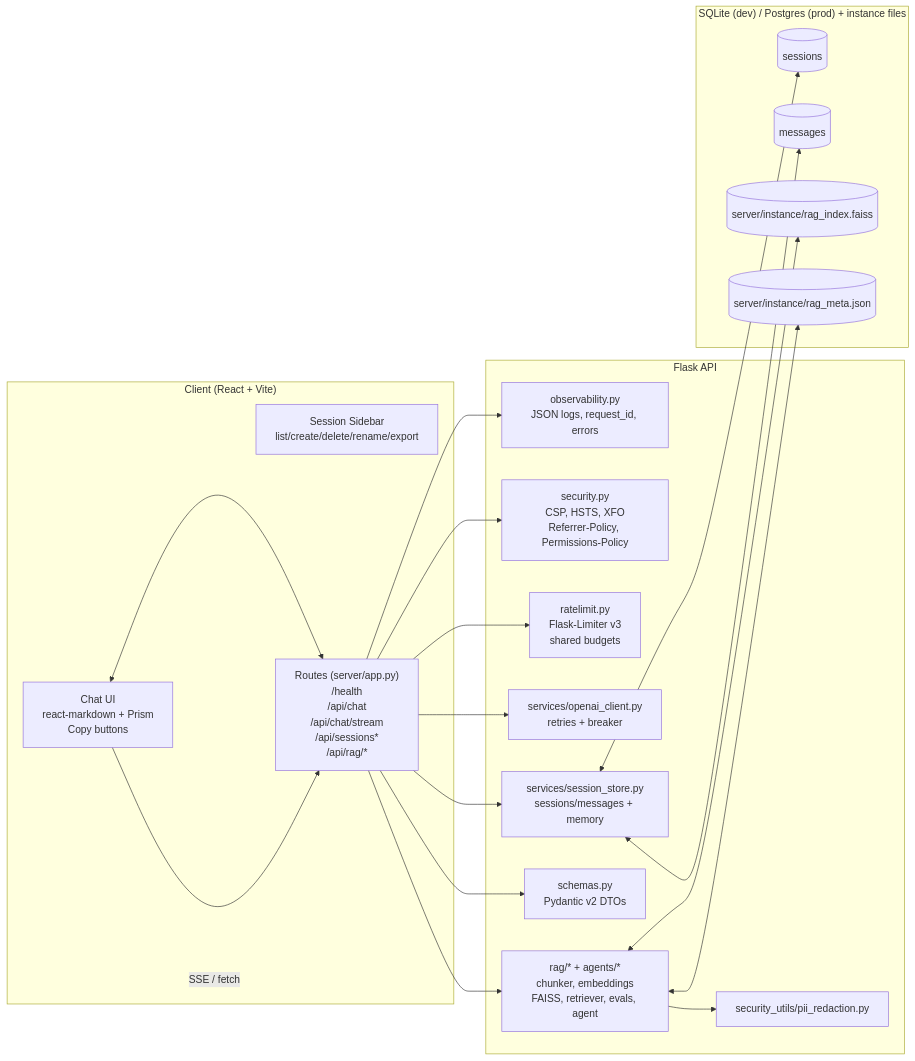
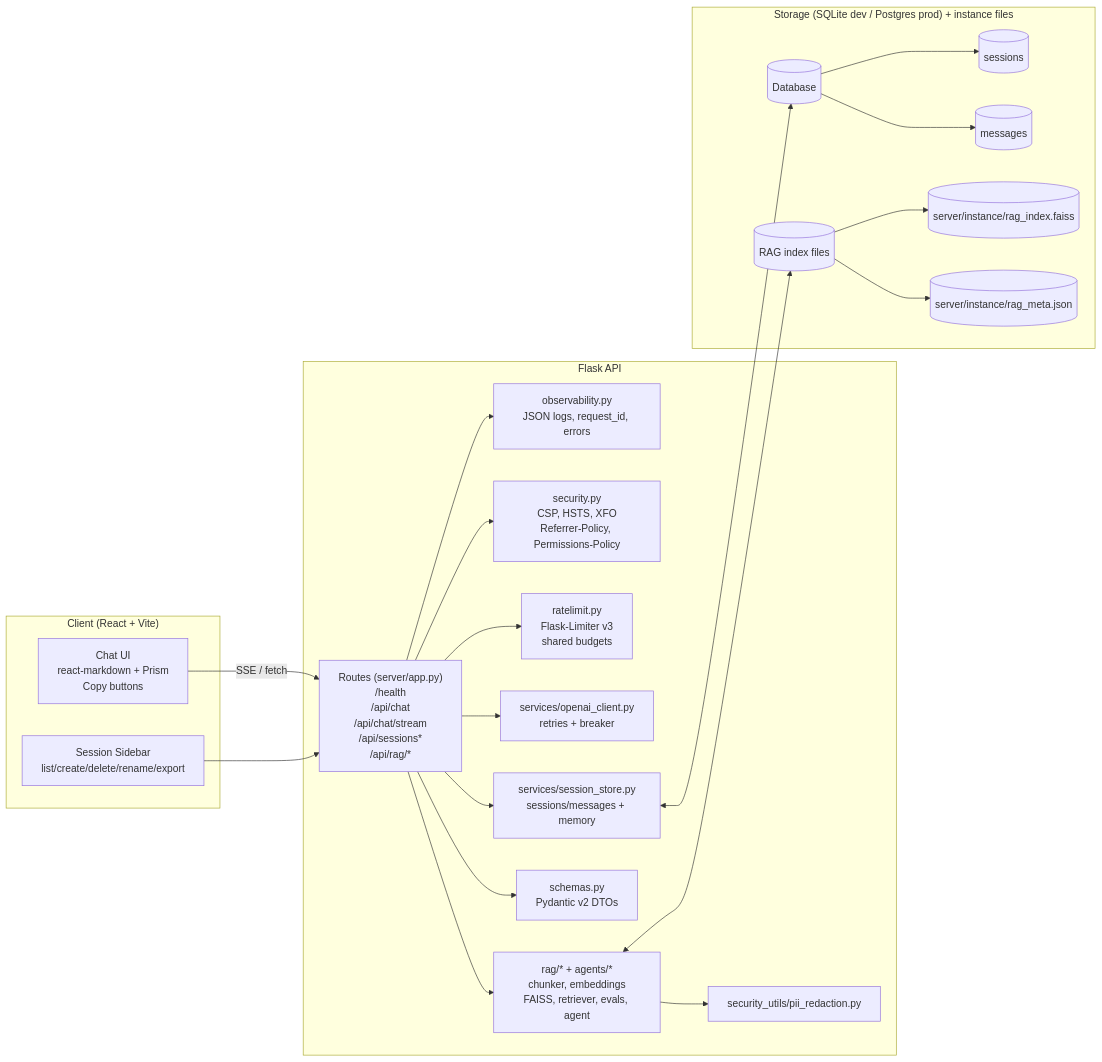
Before and after one commit to Jwmarsh16/ask-flask: the diagram in README.md, drawn with Mermaid.

Commit message:
updated README flowchart

````diff
--- a/README.md
+++ b/README.md
@@ -46,42 +46,52 @@
 ```mermaid
 flowchart LR
   subgraph Client["Client (React + Vite)"]
     UI["Chat UI<br/>react-markdown + Prism<br/>Copy buttons"]
     Sidebar["Session Sidebar<br/>list/create/delete/rename/export"]
-    UI -- "SSE / fetch" --> API
   end
 
   subgraph Server["Flask API"]
-    API["Routes (server/app.py)<br/>/health<br/>/api/chat<br/>/api/chat/stream<br/>/api/sessions*<br/>/api/rag/*"]
+    Routes["Routes (server/app.py)<br/>/health<br/>/api/chat<br/>/api/chat/stream<br/>/api/sessions*<br/>/api/rag/*"]
     Obs["observability.py<br/>JSON logs, request_id, errors"]
     Sec["security.py<br/>CSP, HSTS, XFO<br/>Referrer-Policy, Permissions-Policy"]
     Limit["ratelimit.py<br/>Flask-Limiter v3<br/>shared budgets"]
     Svc["services/openai_client.py<br/>retries + breaker"]
     Store["services/session_store.py<br/>sessions/messages + memory"]
     Schemas["schemas.py<br/>Pydantic v2 DTOs"]
+    RAG["rag/* + agents/*<br/>chunker, embeddings<br/>FAISS, retriever, evals, agent"]
     PII["security_utils/pii_redaction.py"]
-    RAG["rag/* + agents/*<br/>chunker, embeddings<br/>FAISS, retriever, evals, agent"]
   end
 
-  subgraph DB_And_Files["SQLite (dev) / Postgres (prod) + instance files"]
-    T1[(sessions)]
-    T2[(messages)]
+  subgraph Storage["Storage (SQLite dev / Postgres prod) + instance files"]
+    DB[(Database)]
+    Sessions[(sessions)]
+    Messages[(messages)]
+    Files[(RAG index files)]
     F1[(server/instance/rag_index.faiss)]
     F2[(server/instance/rag_meta.json)]
   end
 
-  UI <--> API
-  API --> Sec
-  API --> Limit
-  API --> Obs
-  API --> Schemas
-  API --> Svc
-  API --> Store
-  API --> RAG
+  %% Client -> Server
+  UI -- "SSE / fetch" --> Routes
+  Sidebar --> Routes
+
+  %% Server internals
+  Routes --> Sec
+  Routes --> Limit
+  Routes --> Obs
+  Routes --> Schemas
+  Routes --> Svc
+  Routes --> Store
+  Routes --> RAG
   RAG --> PII
 
-  Store <--> T1
-  Store <--> T2
-  RAG <--> F1
-  RAG <--> F2
+  %% Storage wiring (use hubs to avoid line spaghetti)
+  Store <--> DB
+  DB --> Sessions
+  DB --> Messages
+
+  RAG <--> Files
+  Files --> F1
+  Files --> F2
+
 ```
````
